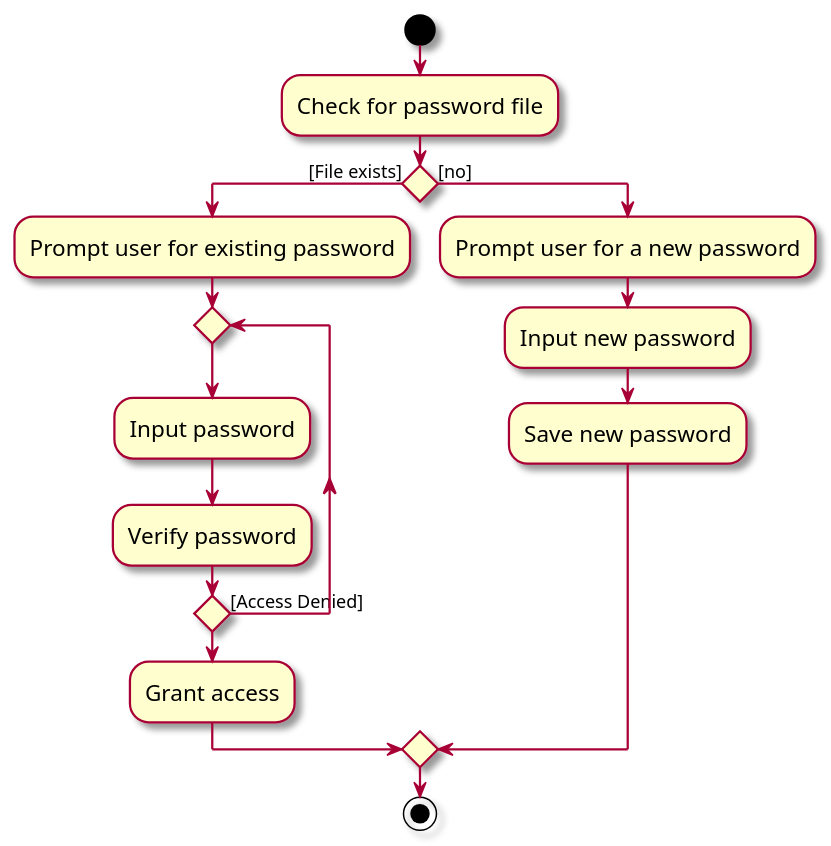
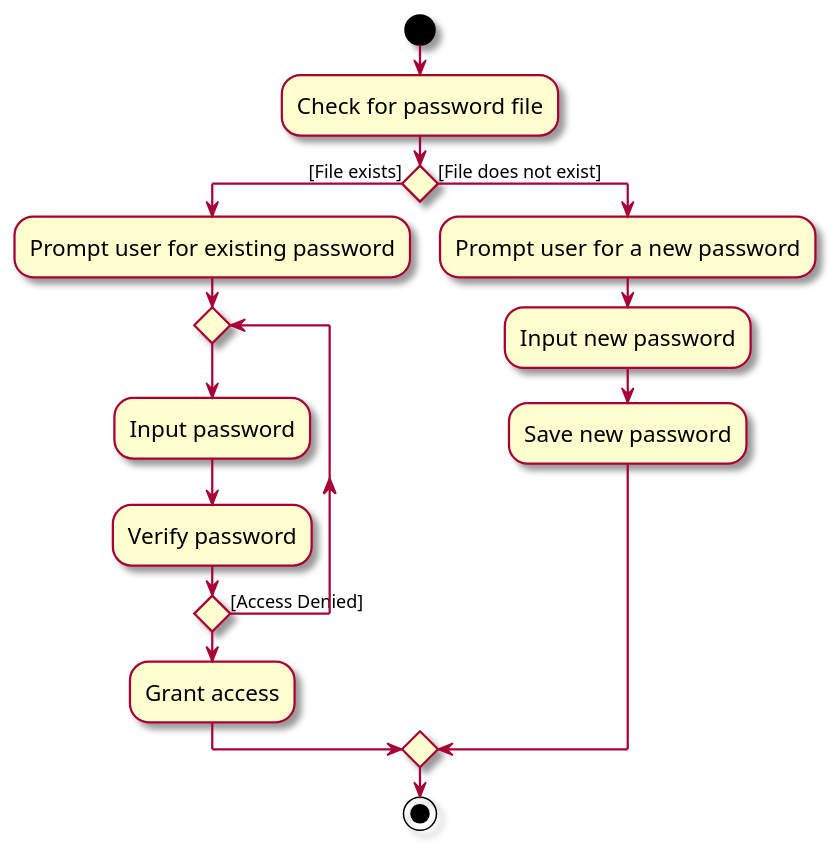
One commit to nus-cs2103-AY2425S1/tp changed the diagram in docs/diagrams/PasswordManagementActivityDiagram.puml. Above: the diagram before and after it, drawn with PlantUML. The commit also changed 2 other files, not shown here.

```diff
--- a/docs/diagrams/PasswordManagementActivityDiagram.puml
+++ b/docs/diagrams/PasswordManagementActivityDiagram.puml
@@ -1,23 +1,23 @@
 @startuml
 |User|
 skin rose
 skinparam ActivityFontSize 15
 skinparam ArrowFontSize 12
 start
 :Check for password file;
 
 if () then ([File exists])
     :Prompt user for existing password;
     repeat
         :Input password;
         :Verify password;
     repeat while () is ([Access Denied])
     :Grant access;
-else ([no])
+else ([File does not exist])
     :Prompt user for a new password;
     :Input new password;
     :Save new password;
 endif
 
 stop
 @enduml
```
